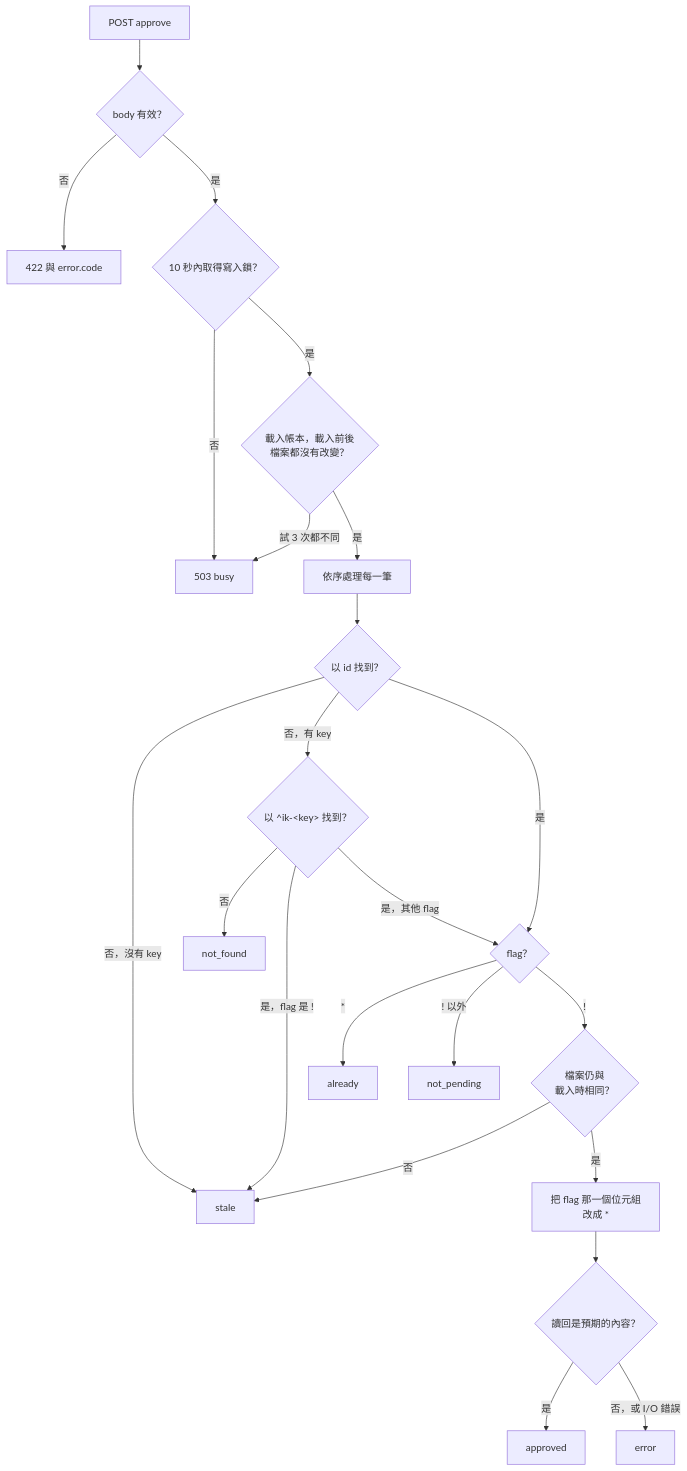
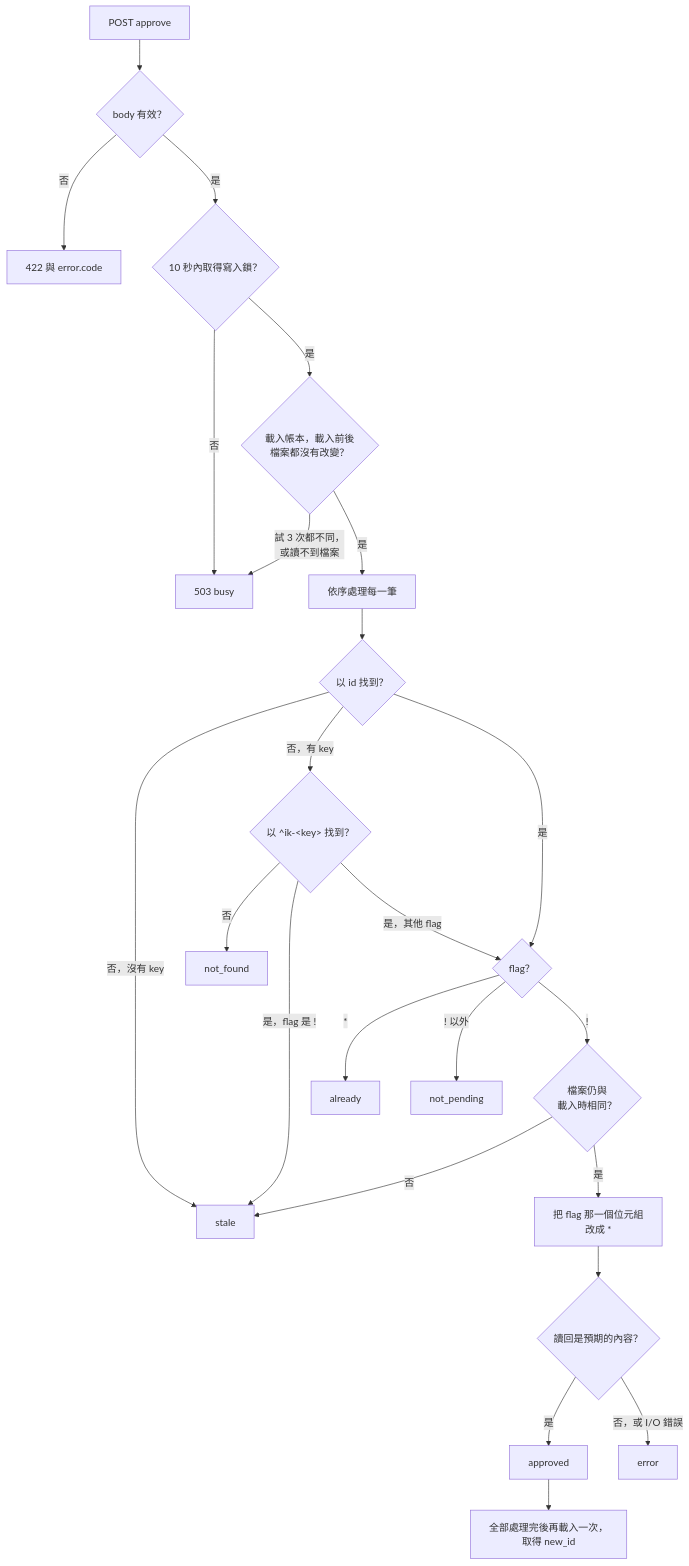
The third of 3 diagrams in docs/agent-api-reference.md (gn00678465/beancount-fava), drawn with Mermaid before and after one commit. The commit also changed other lines of this file and 2 other files, not shown here.

````diff
--- a/docs/agent-api-reference.md
+++ b/docs/agent-api-reference.md
@@ -313,25 +313,26 @@
 ```mermaid
 flowchart TD
     Start["POST approve"] --> Valid{"body 有效？"}
     Valid -->|否| R422["422 與 error.code"]
     Valid -->|是| Lock{"10 秒內取得寫入鎖？"}
     Lock -->|否| R503["503 busy"]
     Lock -->|是| Load{"載入帳本，載入前後<br>檔案都沒有改變？"}
-    Load -->|試 3 次都不同| R503
+    Load -->|試 3 次都不同，<br>或讀不到檔案| R503
     Load -->|是| Each["依序處理每一筆"]
     Each --> ById{"以 id 找到？"}
     ById -->|否，沒有 key| Stale["stale"]
     ById -->|否，有 key| ByKey{"以 ^ik-&lt;key&gt; 找到？"}
     ByKey -->|否| NotFound["not_found"]
     ByKey -->|是，flag 是 !| Stale
     ByKey -->|是，其他 flag| Flag
     ById -->|是| Flag{"flag？"}
     Flag -->|*| Already["already"]
     Flag -->|! 以外| NotPending["not_pending"]
     Flag -->|!| Same{"檔案仍與<br>載入時相同？"}
     Same -->|否| Stale
     Same -->|是| Write["把 flag 那一個位元組<br>改成 *"]
     Write --> Back{"讀回是預期的內容？"}
     Back -->|是| Approved["approved"]
     Back -->|否，或 I/O 錯誤| Error["error"]
+    Approved --> NewId["全部處理完後再載入一次，<br>取得 new_id"]
 ```
````
